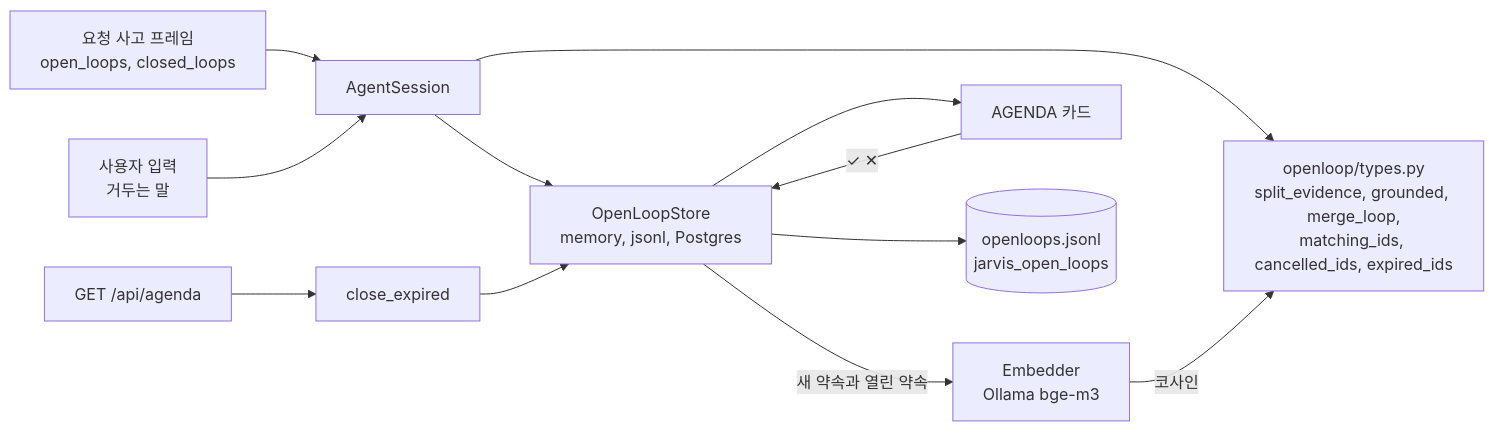
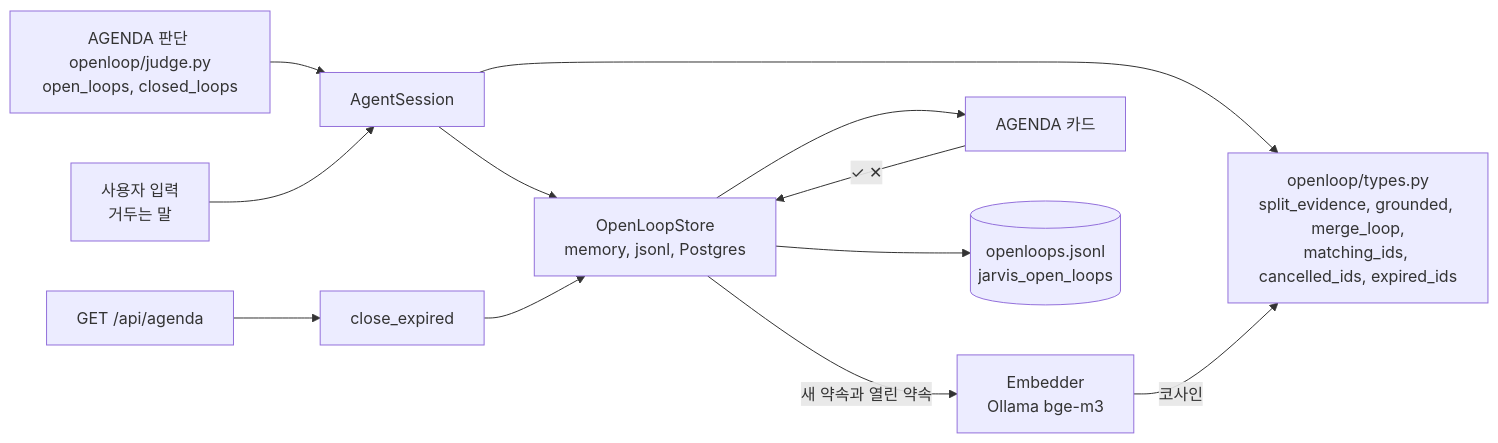
The second of 2 diagrams in website/docs/concepts/conversation/open-loop.md (ash-hun/jarvis-agent), drawn with Mermaid before and after one commit. The commit also changed other lines of this file and 33 other files, not shown here.

````diff
--- a/website/docs/concepts/conversation/open-loop.md
+++ b/website/docs/concepts/conversation/open-loop.md
@@ -162,14 +162,14 @@
 ```mermaid
 flowchart LR
-  ENG[요청 사고 프레임<br/>open_loops, closed_loops] --> SES[AgentSession]
+  ENG[AGENDA 판단 openloop/judge.py<br/>open_loops, closed_loops] --> SES[AgentSession]
   IN[사용자 입력<br/>거두는 말] --> SES
   SES --> T[openloop/types.py<br/>split_evidence, grounded, merge_loop,<br/>matching_ids, cancelled_ids, expired_ids]
   SES --> ST[OpenLoopStore<br/>memory, jsonl, Postgres]
   ST -->|새 약속과 열린 약속| EMB[Embedder<br/>Ollama bge-m3]
   EMB -->|코사인| T
   API["GET /api/agenda"] --> EXP[close_expired]
   EXP --> ST
   ST --> AG[AGENDA 카드]
   AG -->|✓ ✕| ST
   ST --> DB[(openloops.jsonl<br/>jarvis_open_loops)]
 ```
````
